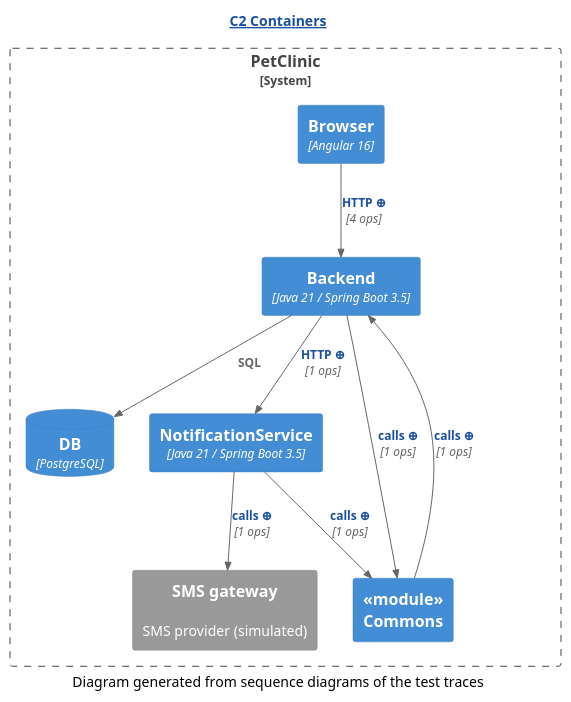
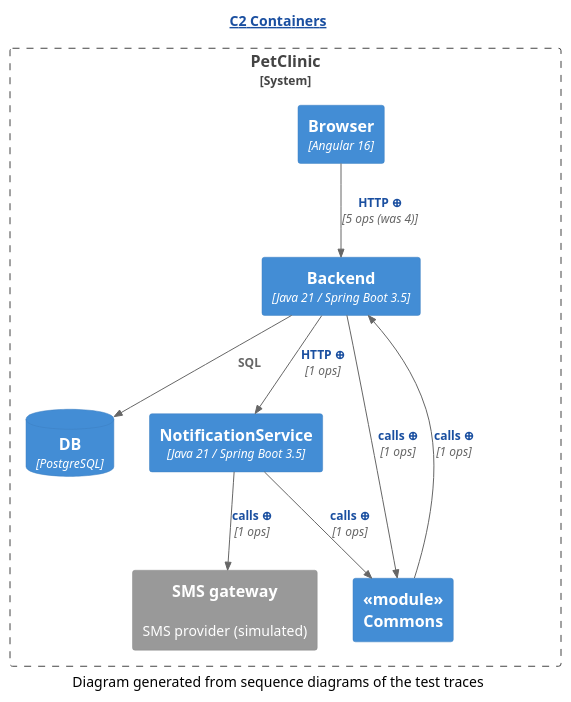
The diagram in demo/demo/assets/c2/C2-Containers.diff.puml (Winandvdb/human-review), drawn with PlantUML before and after one commit. The commit also changed 138 other files, not shown here.

```diff
--- a/demo/demo/assets/c2/C2-Containers.diff.puml
+++ b/demo/demo/assets/c2/C2-Containers.diff.puml
@@ -1,24 +1,24 @@
 @startuml
 ' ⚠️  GENERATED — projected from the sequence diagrams by c2-from-sequence.py.
 !include <C4/C4_Container>
 HIDE_STEREOTYPE()
 skinparam hyperlinkUnderline false
 skinparam hyperlinkColor #1A4FA0
 title [[https://c4model.com/diagrams/container{What is a C2 diagram?} C2 Containers]]
 System_Boundary(c2_system, "PetClinic") {
   Container(Backend, "Backend", "Java 21 / Spring Boot 3.5", "")
   Container(Browser, "Browser", "Angular 16", "")
   ContainerDb(DB, "DB", "PostgreSQL", "")
   Container(NotificationService, "NotificationService", "Java 21 / Spring Boot 3.5", "")
   System_Ext(SMS_gateway, "SMS gateway", "SMS provider (simulated)", "")
   Container(_module__nCommons, "«module»\nCommons", "", "")
 }
 Rel(Backend, DB, "SQL", "")
 Rel(Backend, NotificationService, "[[genseq://c2-279a196c9d{Click for the calls behind this line} HTTP ⊕]]", "1 ops")
 Rel(Backend, _module__nCommons, "[[genseq://c2-103d57f8db{Click for the calls behind this line} calls ⊕]]", "1 ops")
-Rel(Browser, Backend, "[[genseq://c2-43d2943456{Click for the calls behind this line} HTTP ⊕]]", "4 ops")
+Rel(Browser, Backend, "[[genseq://c2-fb35163739{Click for the calls behind this line} HTTP ⊕]]", "5 ops (was 4)")
 Rel(NotificationService, SMS_gateway, "[[genseq://c2-cb01a30b7a{Click for the calls behind this line} calls ⊕]]", "1 ops")
 Rel(NotificationService, _module__nCommons, "[[genseq://c2-e128eb6ba0{Click for the calls behind this line} calls ⊕]]", "1 ops")
 Rel(_module__nCommons, Backend, "[[genseq://c2-cd32149db2{Click for the calls behind this line} calls ⊕]]", "1 ops")
 caption Diagram generated from sequence diagrams of the test traces
 @enduml
```
